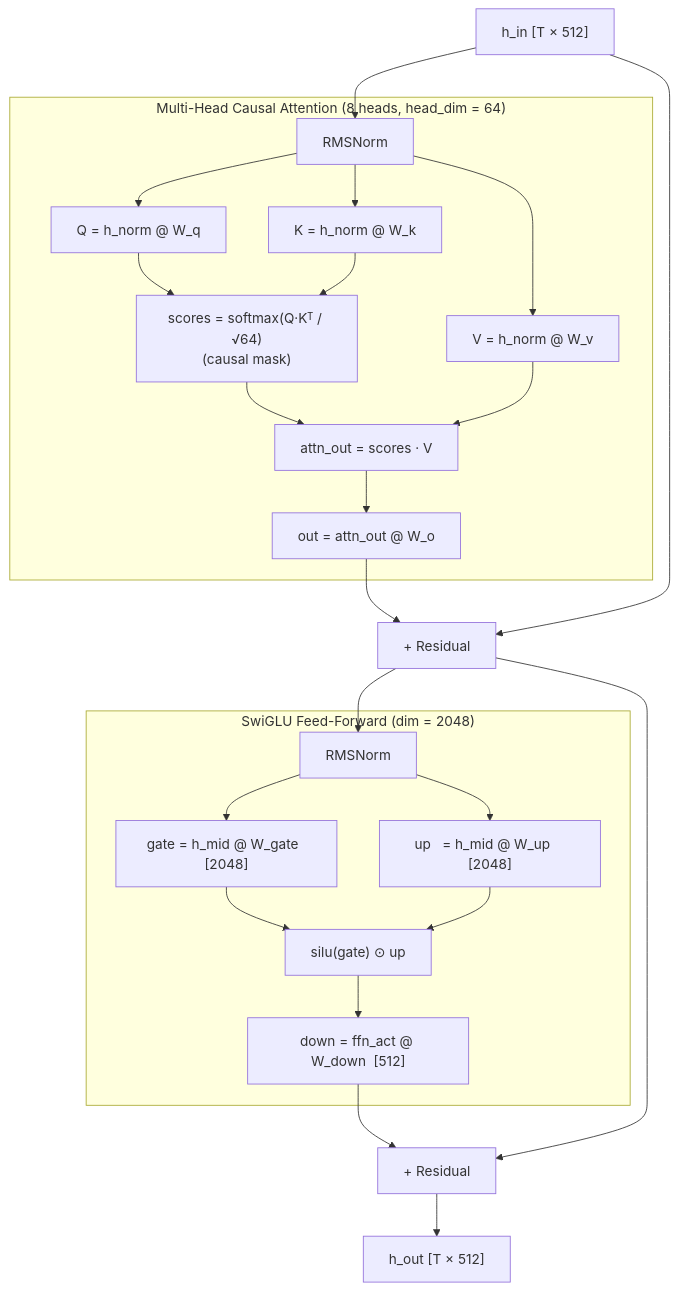
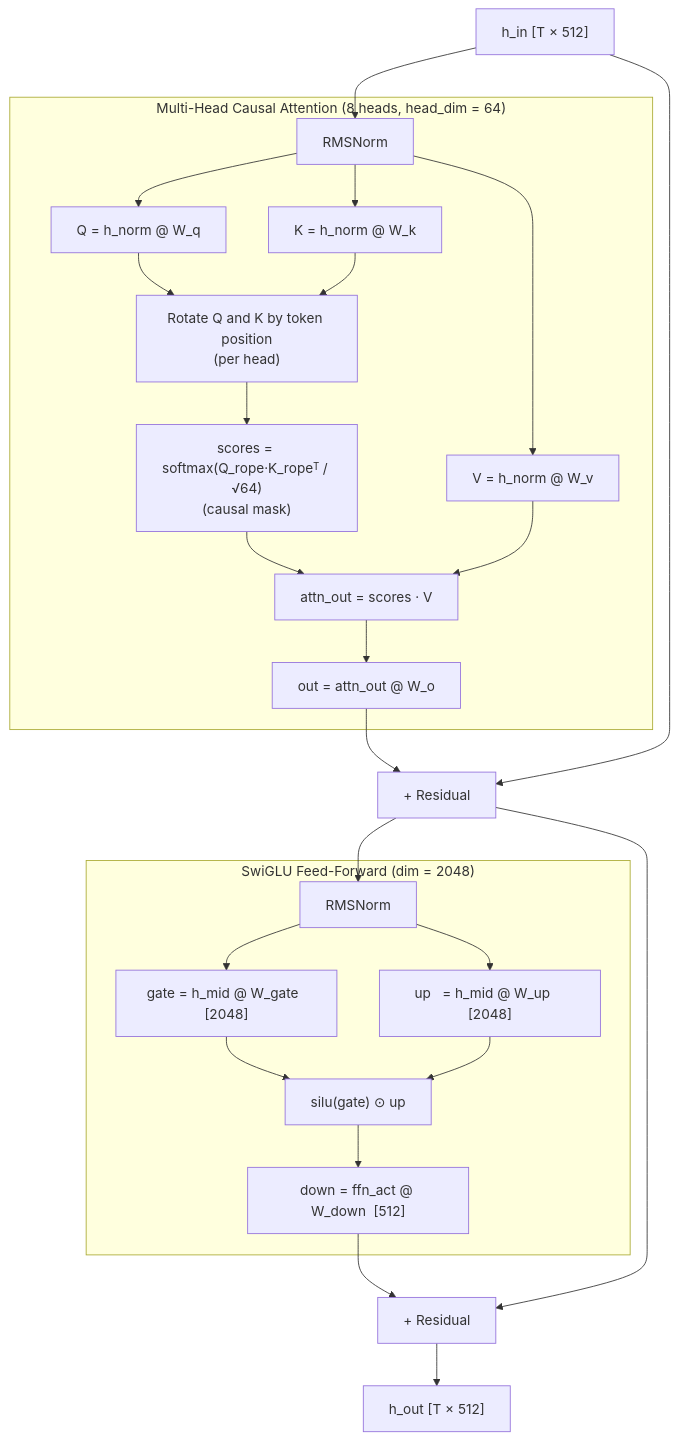
One commit to rsveldema/rllm changed the third of 6 diagrams in architecture.md. Above: the diagram before and after it, drawn with Mermaid. The commit also changed other lines of this file and 8 other files, not shown here.

````diff
--- a/architecture.md
+++ b/architecture.md
@@ -67,34 +66,35 @@
 ```mermaid
 graph TD
     Input["h_in [T × 512]"]
 
     subgraph Attn["Multi-Head Causal Attention  (8 heads, head_dim = 64)"]
         RN1["RMSNorm"]
         Q["Q = h_norm @ W_q"]
         K["K = h_norm @ W_k"]
         V["V = h_norm @ W_v"]
-        Scores["scores = softmax(Q·Kᵀ / √64)\n(causal mask)"]
+        RoPE["Rotate Q and K by token position\n(per head)"]
+        Scores["scores = softmax(Q_rope·K_ropeᵀ / √64)\n(causal mask)"]
         AttnOut["attn_out = scores · V"]
         Proj["out = attn_out @ W_o"]
     end
 
     Res1["+ Residual"]
 
     subgraph FFN["SwiGLU Feed-Forward  (dim = 2048)"]
         RN2["RMSNorm"]
         Gate["gate = h_mid @ W_gate  [2048]"]
         Up["up   = h_mid @ W_up    [2048]"]
         SiLU["silu(gate) ⊙ up"]
         Down["down = ffn_act @ W_down  [512]"]
     end
 
     Res2["+ Residual"]
     Output["h_out [T × 512]"]
 
     Input --> RN1 --> Q & K & V
-    Q & K --> Scores
+    Q & K --> RoPE --> Scores
     Scores & V --> AttnOut --> Proj --> Res1
     Input --> Res1 --> RN2 --> Gate & Up
     Gate & Up --> SiLU --> Down --> Res2
     Res1 --> Res2 --> Output
 ```
````
